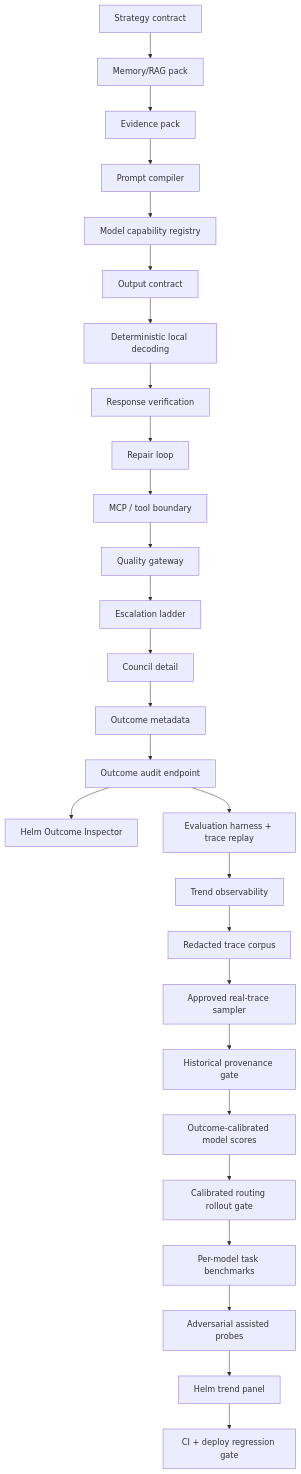
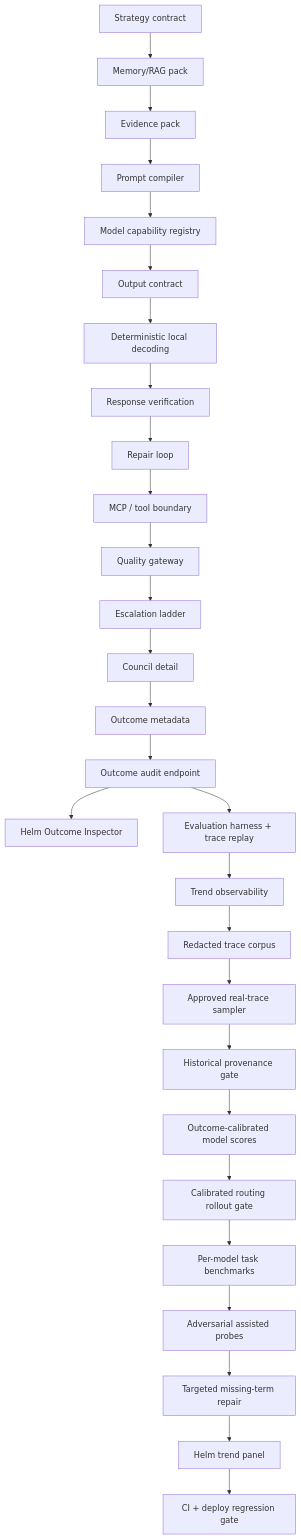
Before and after one commit to kphaas/jarvis-alpha: the second of 2 diagrams in docs/audit/AT0_CHAT_QUALITY_ARCHITECTURE_GAP_LEDGER_2026-07-09.md, drawn with Mermaid. The commit also changed other lines of this file and 8 other files, not shown here.

````diff
--- a/docs/audit/AT0_CHAT_QUALITY_ARCHITECTURE_GAP_LEDGER_2026-07-09.md
+++ b/docs/audit/AT0_CHAT_QUALITY_ARCHITECTURE_GAP_LEDGER_2026-07-09.md
@@ -31,29 +31,30 @@
 ```mermaid
 flowchart TD
     S["Strategy contract"] --> M["Memory/RAG pack"]
     M --> C["Evidence pack"]
     C --> P["Prompt compiler"]
     P --> R["Model capability registry"]
     R --> OC["Output contract"]
     OC --> LD["Deterministic local decoding"]
     LD --> V["Response verification"]
     V --> RL["Repair loop"]
     RL --> TB["MCP / tool boundary"]
     TB --> Q["Quality gateway"]
     Q --> E["Escalation ladder"]
     E --> D["Council detail"]
     D --> O["Outcome metadata"]
     O --> A["Outcome audit endpoint"]
     A --> H["Helm Outcome Inspector"]
     A --> EV["Evaluation harness + trace replay"]
     EV --> T["Trend observability"]
     T --> RC["Redacted trace corpus"]
     RC --> RS["Approved real-trace sampler"]
     RS --> HR["Historical provenance gate"]
     HR --> MS["Outcome-calibrated model scores"]
     MS --> CR["Calibrated routing rollout gate"]
     CR --> PM["Per-model task benchmarks"]
     PM --> AP["Adversarial assisted probes"]
-    AP --> HP["Helm trend panel"]
+    AP --> MR["Targeted missing-term repair"]
+    MR --> HP["Helm trend panel"]
     HP --> G["CI + deploy regression gate"]
 ```
````
